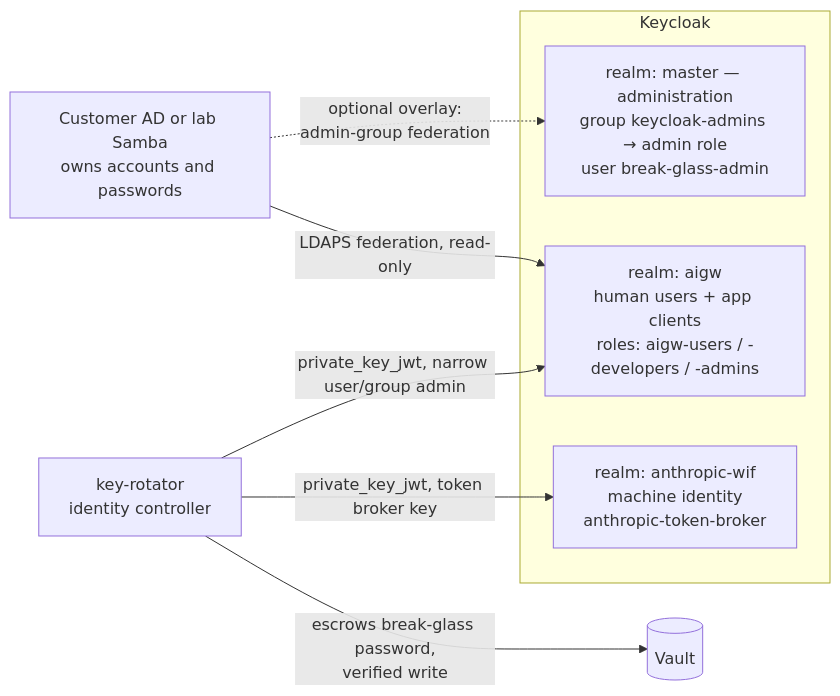
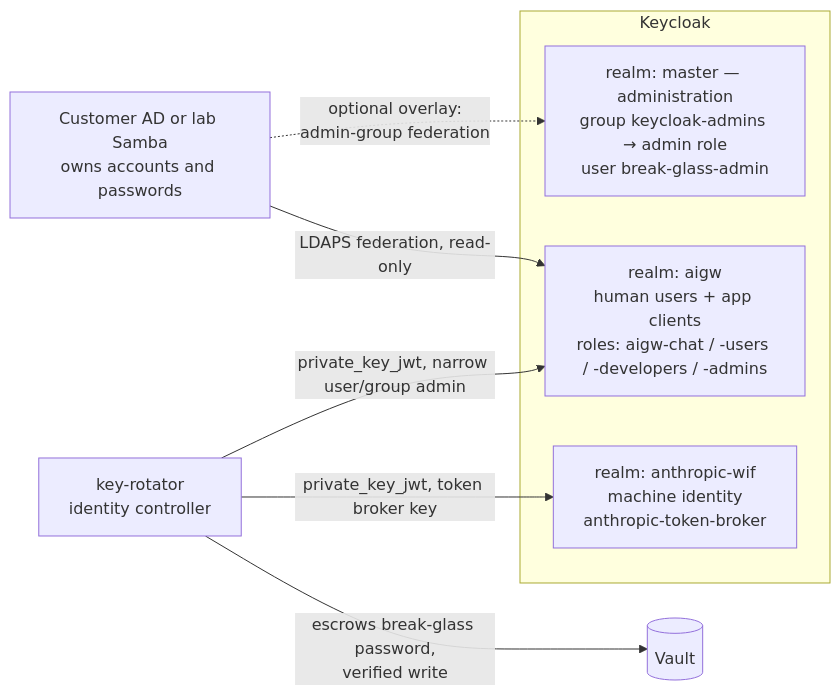
Before and after one commit to derhornspieler/ai-gateway: the diagram in docs/keycloak-realm-architecture.md, drawn with Mermaid. The commit also changed other lines of this file and 20 other files, not shown here.

First line of the commit message:
feat(identity): dedicated aigw-chat capability gates Open WebUI

````diff
--- a/docs/keycloak-realm-architecture.md
+++ b/docs/keycloak-realm-architecture.md
@@ -45,18 +45,18 @@
 ```mermaid
 flowchart LR
   AD[Customer AD or lab Samba<br/>owns accounts and passwords]
   KR[key-rotator<br/>identity controller]
   V[(Vault)]
 
   subgraph KC [Keycloak]
     M["realm: master — administration<br/>group keycloak-admins → admin role<br/>user break-glass-admin"]
-    A["realm: aigw<br/>human users + app clients<br/>roles: aigw-users / -developers / -admins"]
+    A["realm: aigw<br/>human users + app clients<br/>roles: aigw-chat / -users / -developers / -admins"]
     W["realm: anthropic-wif<br/>machine identity<br/>anthropic-token-broker"]
   end
 
   AD -->|LDAPS federation, read-only| A
   AD -.->|optional overlay:<br/>admin-group federation| M
   KR -->|private_key_jwt, narrow user/group admin| A
   KR -->|private_key_jwt, token broker key| W
   KR -->|escrows break-glass password,<br/>verified write| V
 ```
````
